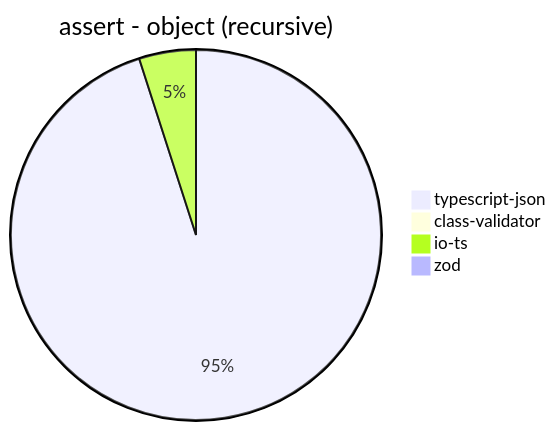
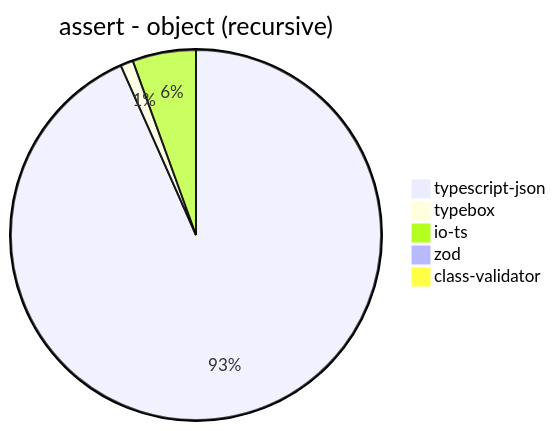
The tenth of 39 diagrams in benchmark/results/11th Gen Intel(R) Core(TM) i5-1135G7 @ 2.40GHz.md (samchon/typia), drawn with Mermaid before and after one commit. The commit also changed other lines of this file and 16 other files, not shown here.

````diff
--- a/benchmark/results/11th Gen Intel(R) Core(TM) i5-1135G7 @ 2.40GHz.md
+++ b/benchmark/results/11th Gen Intel(R) Core(TM) i5-1135G7 @ 2.40GHz.md
@@ -127,7 +136,8 @@
 ```mermaid
 pie title assert - object (recursive)
-  "typescript-json": 29092.92778503452
-  "class-validator": 40.84249084249084
-  "io-ts": 1518.6848724398133
-  "zod": 73.6150234741784
+  "typescript-json": 28218.86582653818
+  "typebox": 335.99854624750134
+  "io-ts": 1673.6744186046512
+  "zod": 73.63687464867904
+  "class-validator": 39.48576675849403
 ```
````
